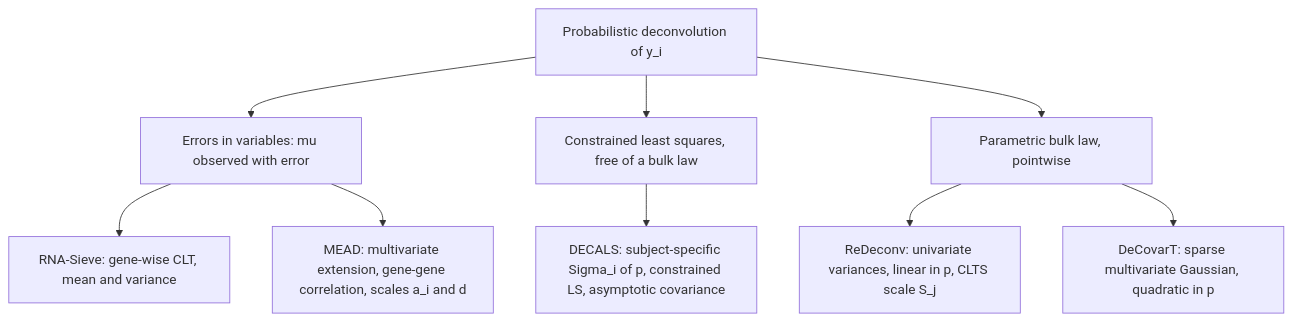
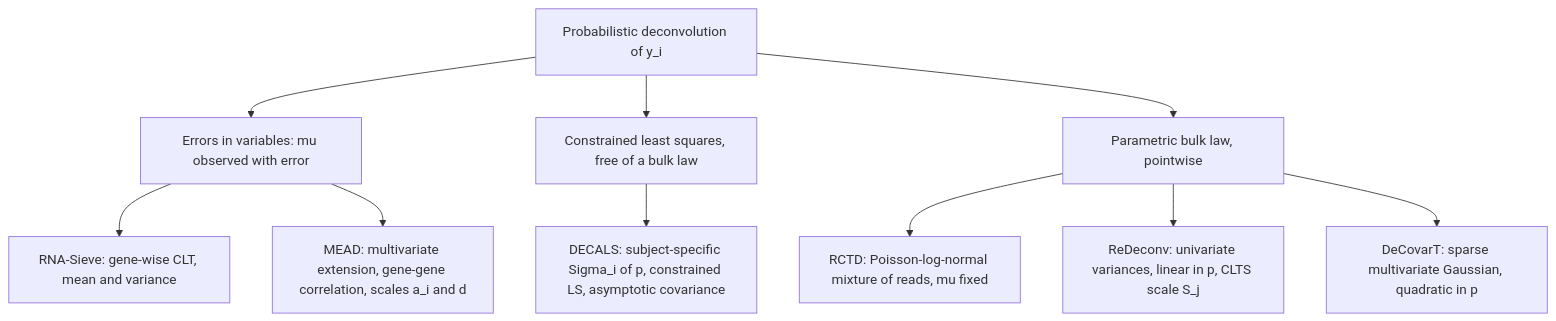
Before and after one commit to bastienchassagnol/DeCovarT: the fifth of 11 diagrams in vignettes/theory-decovart-statistical-perspectives.qmd, drawn with Mermaid. The commit also changed other lines of this file and 9 other files, not shown here.

````diff
--- a/vignettes/theory-decovart-statistical-perspectives.qmd
+++ b/vignettes/theory-decovart-statistical-perspectives.qmd
@@ -588,15 +590,16 @@
 ```{mermaid}
 %%| label: fig-prob-tree
-%%| fig-cap: "Probabilistic deconvolution split by how the bulk law depends on p. RNA-Sieve and MEAD share an errors-in-variables design. DECALS uses constrained least squares. ReDeconv and DeCovarT are parametric, univariate mixture versus sparse multivariate convolution."
+%%| fig-cap: "Probabilistic deconvolution split by how the bulk law depends on p. RNA-Sieve and MEAD share an errors-in-variables design. DECALS uses constrained least squares. RCTD is a read-level Poisson-log-normal mixture. ReDeconv and DeCovarT are parametric on averaged expression, univariate mixture versus sparse multivariate convolution."
 %%{init: {"theme": "sandstone", "flowchart": {"curve": "basis"}}}%%
 flowchart TD
   root["Probabilistic deconvolution of y_i"]
   root --> eiv["Errors in variables: mu observed with error"]
   root --> cls["Constrained least squares, free of a bulk law"]
   root --> par["Parametric bulk law, pointwise"]
   eiv --> sieve["RNA-Sieve: gene-wise CLT, mean and variance"]
   eiv --> mead["MEAD: multivariate extension, gene-gene correlation, scales a_i and d"]
   cls --> decals["DECALS: subject-specific Sigma_i of p, constrained LS, asymptotic covariance"]
+  par --> rctd["RCTD: Poisson-log-normal mixture of reads, mu fixed"]
   par --> rede["ReDeconv: univariate variances, linear in p, CLTS scale S_j"]
   par --> deco["DeCovarT: sparse multivariate Gaussian, quadratic in p"]
 ```
````
